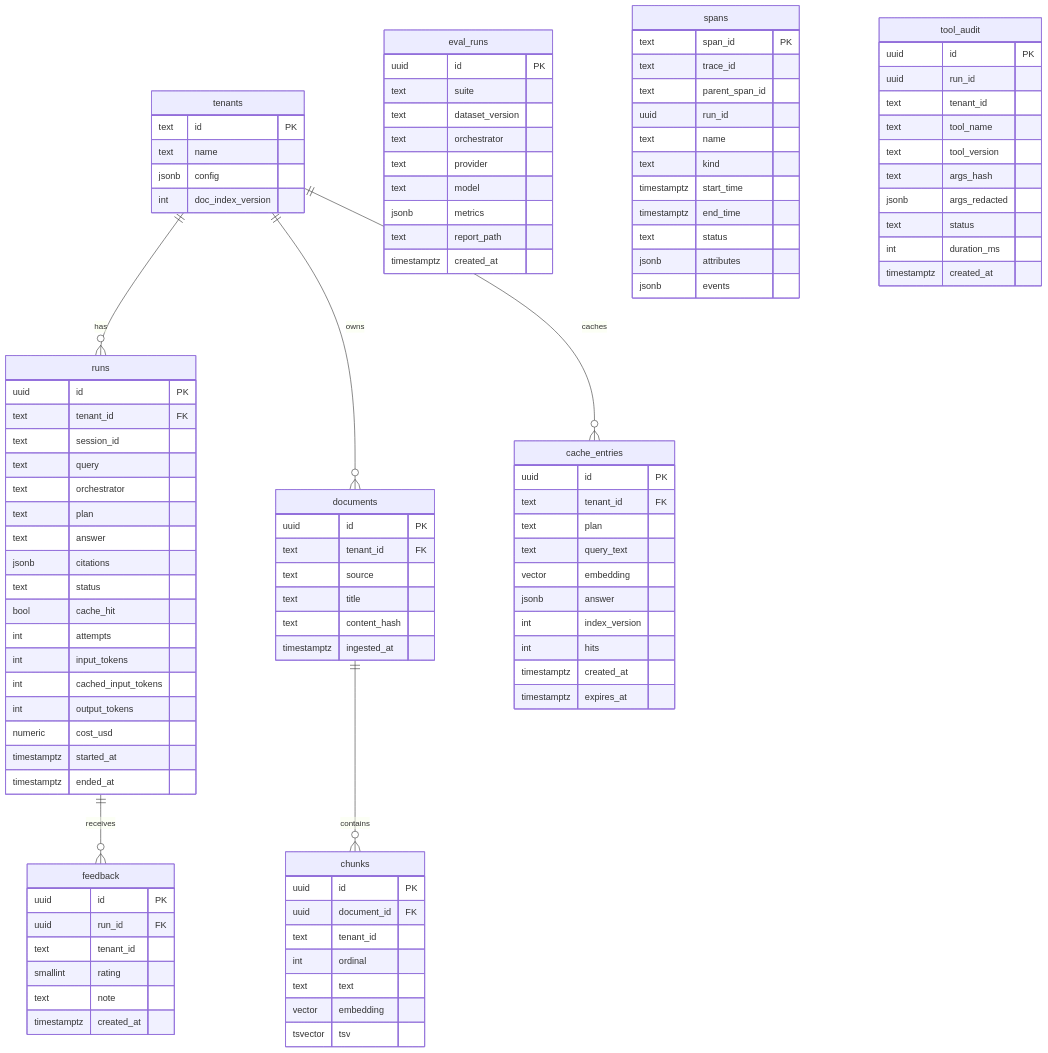
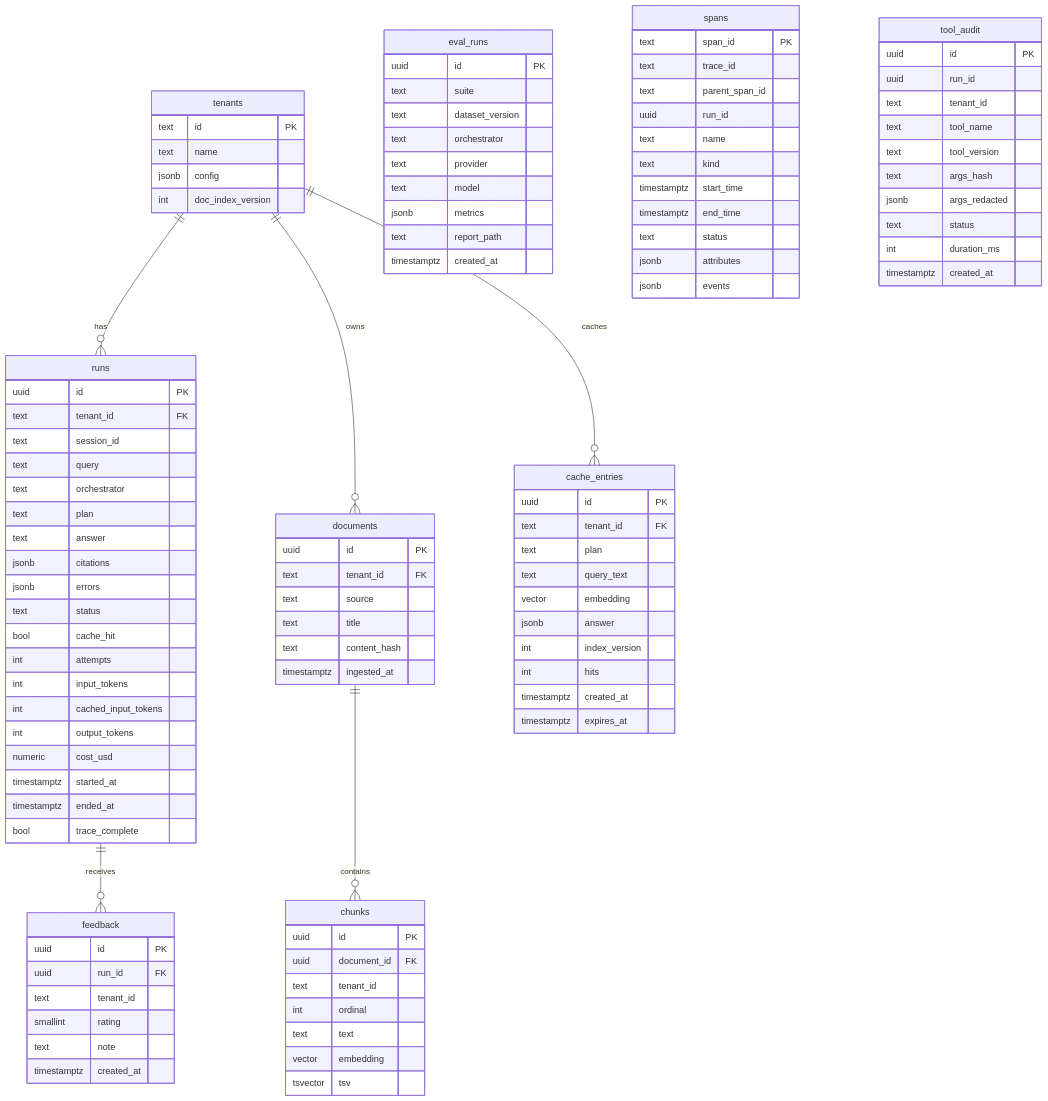
Before and after one commit to z27833009/switchboard: the fourth of 4 diagrams in docs/spec/design.md, drawn with Mermaid. The commit also changed other lines of this file and 21 other files, not shown here.

```diff
--- a/docs/spec/design.md
+++ b/docs/spec/design.md
@@ -781,6 +781,7 @@
     text plan
     text answer
     jsonb citations
+    jsonb errors
     text status
     bool cache_hit
     int attempts
@@ -790,6 +791,7 @@
     numeric cost_usd
     timestamptz started_at
     timestamptz ended_at
+    bool trace_complete
   }
   spans {
     text span_id PK
```
